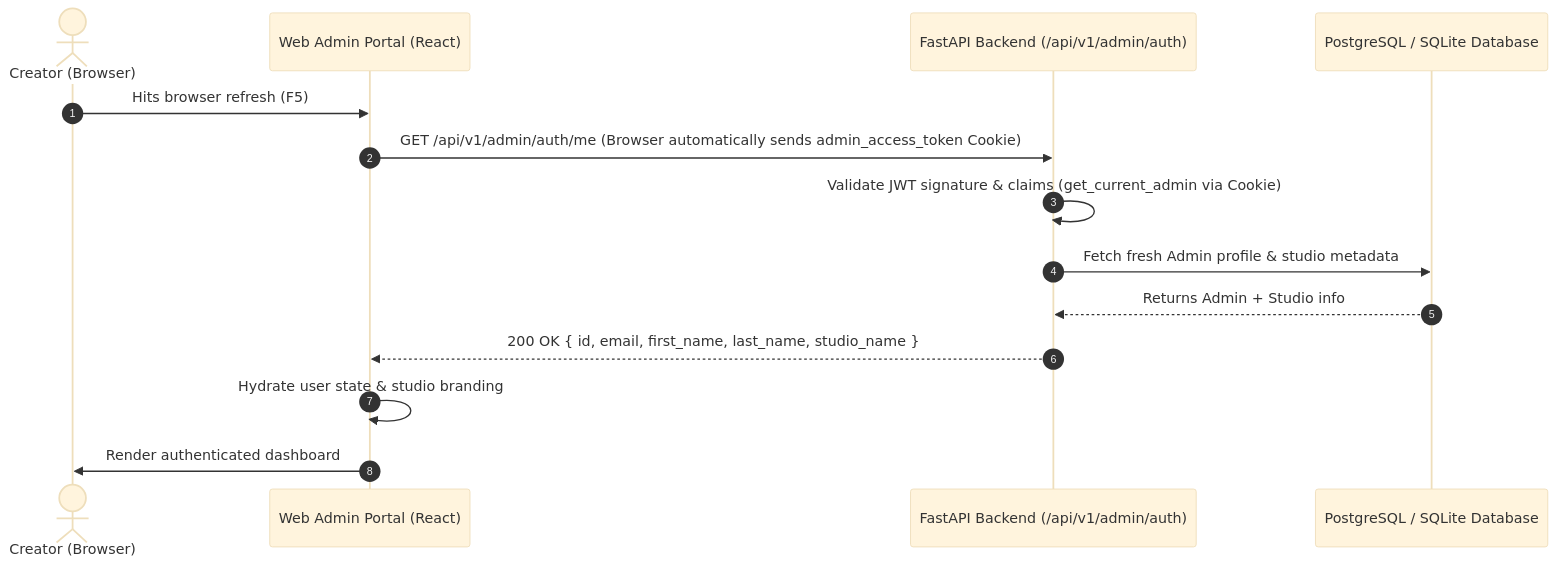
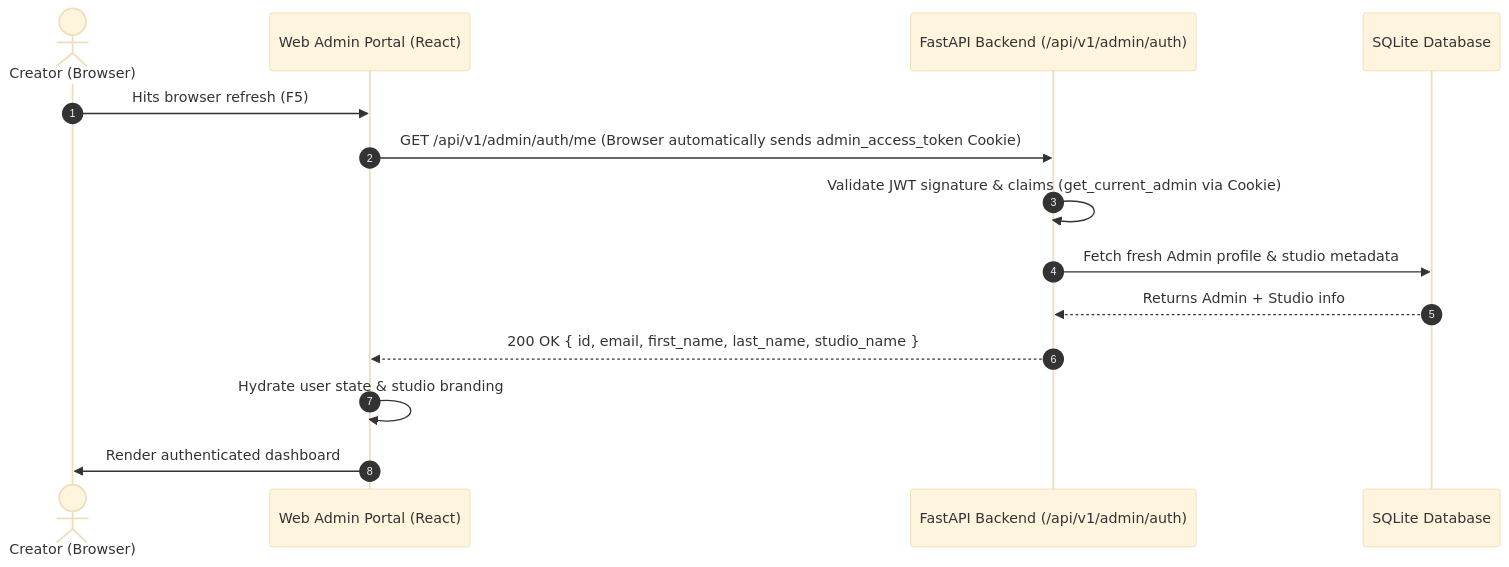
Before and after one commit to TalentSea/content-talent-backend: the second of 2 diagrams in docs/admin/admin_authentication_api_specification.md, drawn with Mermaid (base theme). The commit also changed other lines of this file and 7 other files, not shown here.

````diff
--- a/docs/admin/admin_authentication_api_specification.md
+++ b/docs/admin/admin_authentication_api_specification.md
@@ -646,17 +646,17 @@
 ```mermaid
 sequenceDiagram
     autonumber
     actor Creator as Creator (Browser)
     participant SPA as Web Admin Portal (React)
     participant API as FastAPI Backend (/api/v1/admin/auth)
-    participant DB as PostgreSQL / SQLite Database
+    participant DB as SQLite Database
 
     Creator->>SPA: Hits browser refresh (F5)
     SPA->>API: GET /api/v1/admin/auth/me (Browser automatically sends admin_access_token Cookie)
     API->>API: Validate JWT signature & claims (get_current_admin via Cookie)
     API->>DB: Fetch fresh Admin profile & studio metadata
     DB-->>API: Returns Admin + Studio info
     API-->>SPA: 200 OK { id, email, first_name, last_name, studio_name }
     SPA->>SPA: Hydrate user state & studio branding
     SPA->>Creator: Render authenticated dashboard
 ```
````
